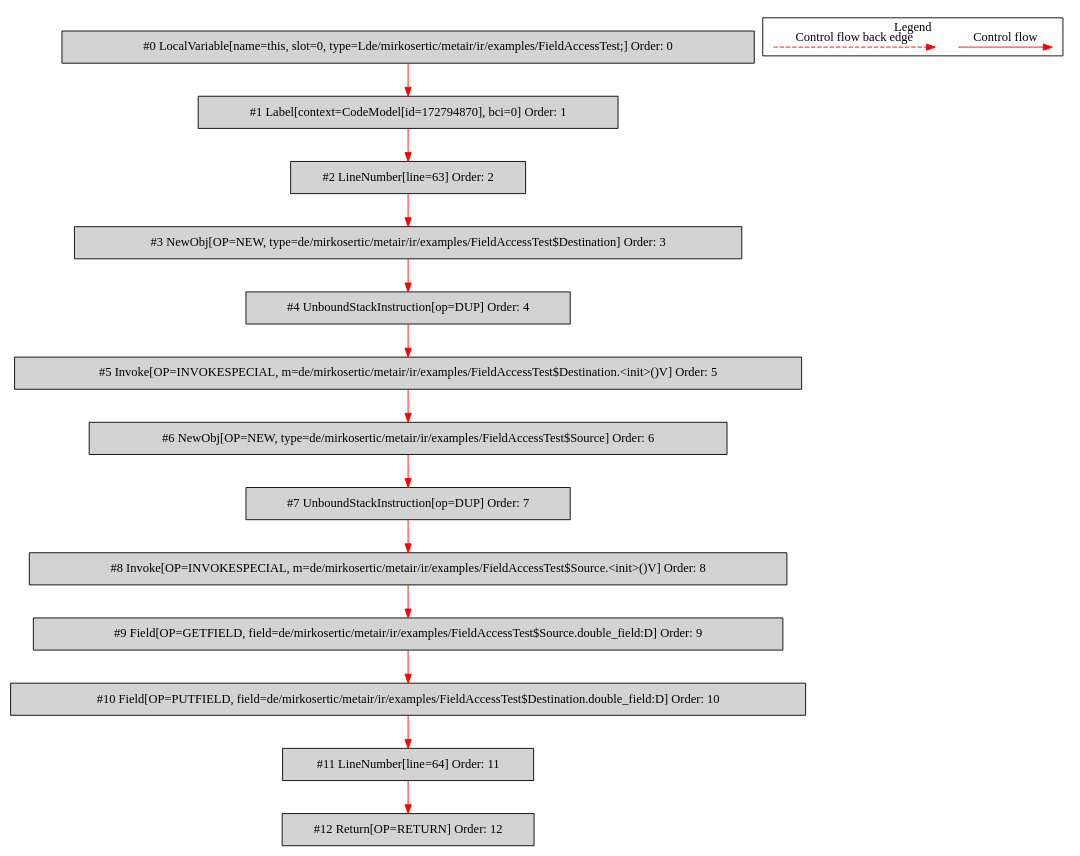
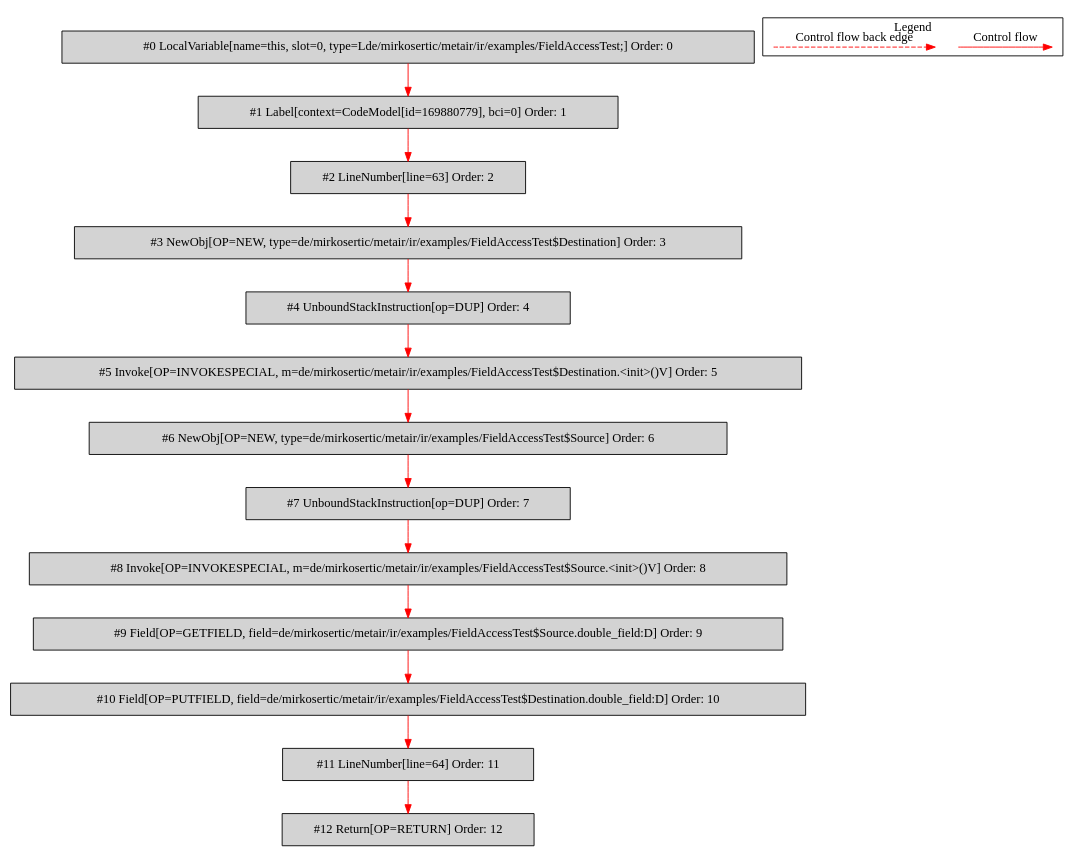
Before and after one commit to mirkosertic/MetaIR: the diagram in de.mirkosertic.metair.ir.examples.FieldAccessTest/copy_double/bytecodecfg.dot, drawn with Graphviz. The commit also changed 688 other files, not shown here.

```diff
--- a/de.mirkosertic.metair.ir.examples.FieldAccessTest/copy_double/bytecodecfg.dot
+++ b/de.mirkosertic.metair.ir.examples.FieldAccessTest/copy_double/bytecodecfg.dot
@@ -1,41 +1,41 @@
 digraph {
  node0[label="#0 LocalVariable[name=this, slot=0, type=Lde/mirkosertic/metair/ir/examples/FieldAccessTest;] Order: 0", shape=box, fillcolor=lightgrey, style=filled];
- node1[label="#1 Label[context=CodeModel[id=172794870], bci=0] Order: 1", shape=box, fillcolor=lightgrey, style=filled];
+ node1[label="#1 Label[context=CodeModel[id=169880779], bci=0] Order: 1", shape=box, fillcolor=lightgrey, style=filled];
  node2[label="#2 LineNumber[line=63] Order: 2", shape=box, fillcolor=lightgrey, style=filled];
  node3[label="#3 NewObj[OP=NEW, type=de/mirkosertic/metair/ir/examples/FieldAccessTest$Destination] Order: 3", shape=box, fillcolor=lightgrey, style=filled];
  node4[label="#4 UnboundStackInstruction[op=DUP] Order: 4", shape=box, fillcolor=lightgrey, style=filled];
  node5[label="#5 Invoke[OP=INVOKESPECIAL, m=de/mirkosertic/metair/ir/examples/FieldAccessTest$Destination.<init>()V] Order: 5", shape=box, fillcolor=lightgrey, style=filled];
  node6[label="#6 NewObj[OP=NEW, type=de/mirkosertic/metair/ir/examples/FieldAccessTest$Source] Order: 6", shape=box, fillcolor=lightgrey, style=filled];
  node7[label="#7 UnboundStackInstruction[op=DUP] Order: 7", shape=box, fillcolor=lightgrey, style=filled];
  node8[label="#8 Invoke[OP=INVOKESPECIAL, m=de/mirkosertic/metair/ir/examples/FieldAccessTest$Source.<init>()V] Order: 8", shape=box, fillcolor=lightgrey, style=filled];
  node9[label="#9 Field[OP=GETFIELD, field=de/mirkosertic/metair/ir/examples/FieldAccessTest$Source.double_field:D] Order: 9", shape=box, fillcolor=lightgrey, style=filled];
  node10[label="#10 Field[OP=PUTFIELD, field=de/mirkosertic/metair/ir/examples/FieldAccessTest$Destination.double_field:D] Order: 10", shape=box, fillcolor=lightgrey, style=filled];
  node11[label="#11 LineNumber[line=64] Order: 11", shape=box, fillcolor=lightgrey, style=filled];
  node12[label="#12 Return[OP=RETURN] Order: 12", shape=box, fillcolor=lightgrey, style=filled];
  node0 -> node1[color=red];
  node1 -> node2[color=red];
  node2 -> node3[color=red];
  node3 -> node4[color=red];
  node4 -> node5[color=red];
  node5 -> node6[color=red];
  node6 -> node7[color=red];
  node7 -> node8[color=red];
  node8 -> node9[color=red];
  node9 -> node10[color=red];
  node10 -> node11[color=red];
  node11 -> node12[color=red];
  subgraph cluster_000 {
   label = "Legend";
   node [shape=point]
   {
    rank=same;
    c0 [style = invis];
    c1 [style = invis];
    c2 [style = invis];
    c3 [style = invis];
   }
   c0 -> c1 [label="Control flow", style=solid, color=red]
   c2 -> c3 [label="Control flow back edge", style=dashed, color=red]
  }
 
 }
```
